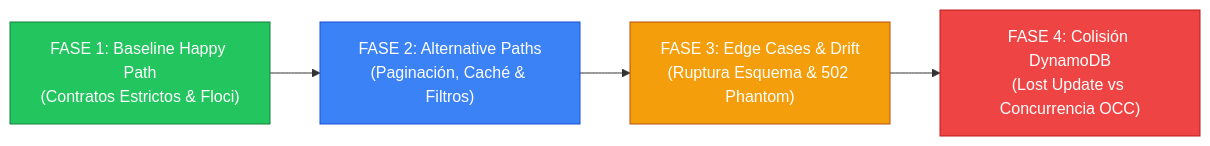
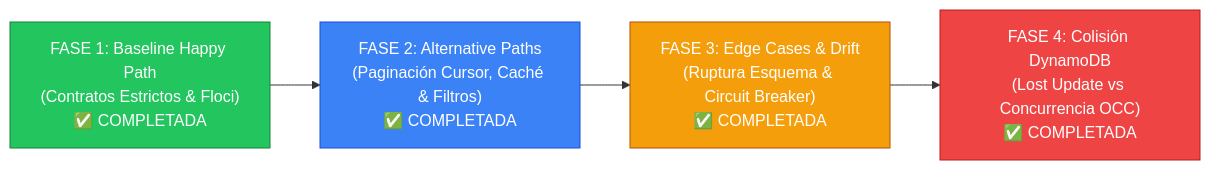
One commit to trautslab/TrautsLab-OS changed the first of 3 diagrams in packages/aws-flossy-icepanel-lab/docs/specs/ENTERPRISE-API-CONTRACTS-AND-COLLISION-FRAMEWORK.md. Above: the diagram before and after it, drawn with Mermaid. The commit also changed other lines of this file and 7 other files, not shown here.

Commit message:
feat(flossy-lab): Phase 4 - Shared DynamoDB table collision demonstration and OCC auto-healing

````diff
--- a/packages/aws-flossy-icepanel-lab/docs/specs/ENTERPRISE-API-CONTRACTS-AND-COLLISION-FRAMEWORK.md
+++ b/packages/aws-flossy-icepanel-lab/docs/specs/ENTERPRISE-API-CONTRACTS-AND-COLLISION-FRAMEWORK.md
@@ -24,11 +24,12 @@
 ```mermaid
 flowchart LR
-    F1["FASE 1: Baseline Happy Path<br/>(Contratos Estrictos & Floci)"] --> F2["FASE 2: Alternative Paths<br/>(Paginación, Caché & Filtros)"]
-    F2 --> F3["FASE 3: Edge Cases & Drift<br/>(Ruptura Esquema & 502 Phantom)"]
-    F3 --> F4["FASE 4: Colisión DynamoDB<br/>(Lost Update vs Concurrencia OCC)"]
+    F1["FASE 1: Baseline Happy Path<br/>(Contratos Estrictos & Floci)<br/>✅ COMPLETADA"] 
+    --> F2["FASE 2: Alternative Paths<br/>(Paginación Cursor, Caché & Filtros)<br/>✅ COMPLETADA"]
+    --> F3["FASE 3: Edge Cases & Drift<br/>(Ruptura Esquema & Circuit Breaker)<br/>✅ COMPLETADA"]
+    --> F4["FASE 4: Colisión DynamoDB<br/>(Lost Update vs Concurrencia OCC)<br/>✅ COMPLETADA"]
 
     style F1 fill:#22c55e,stroke:#15803d,color:#ffffff
     style F2 fill:#3b82f6,stroke:#1d4ed8,color:#ffffff
     style F3 fill:#f59e0b,stroke:#b45309,color:#ffffff
     style F4 fill:#ef4444,stroke:#b91c1c,color:#ffffff
 ```
````
